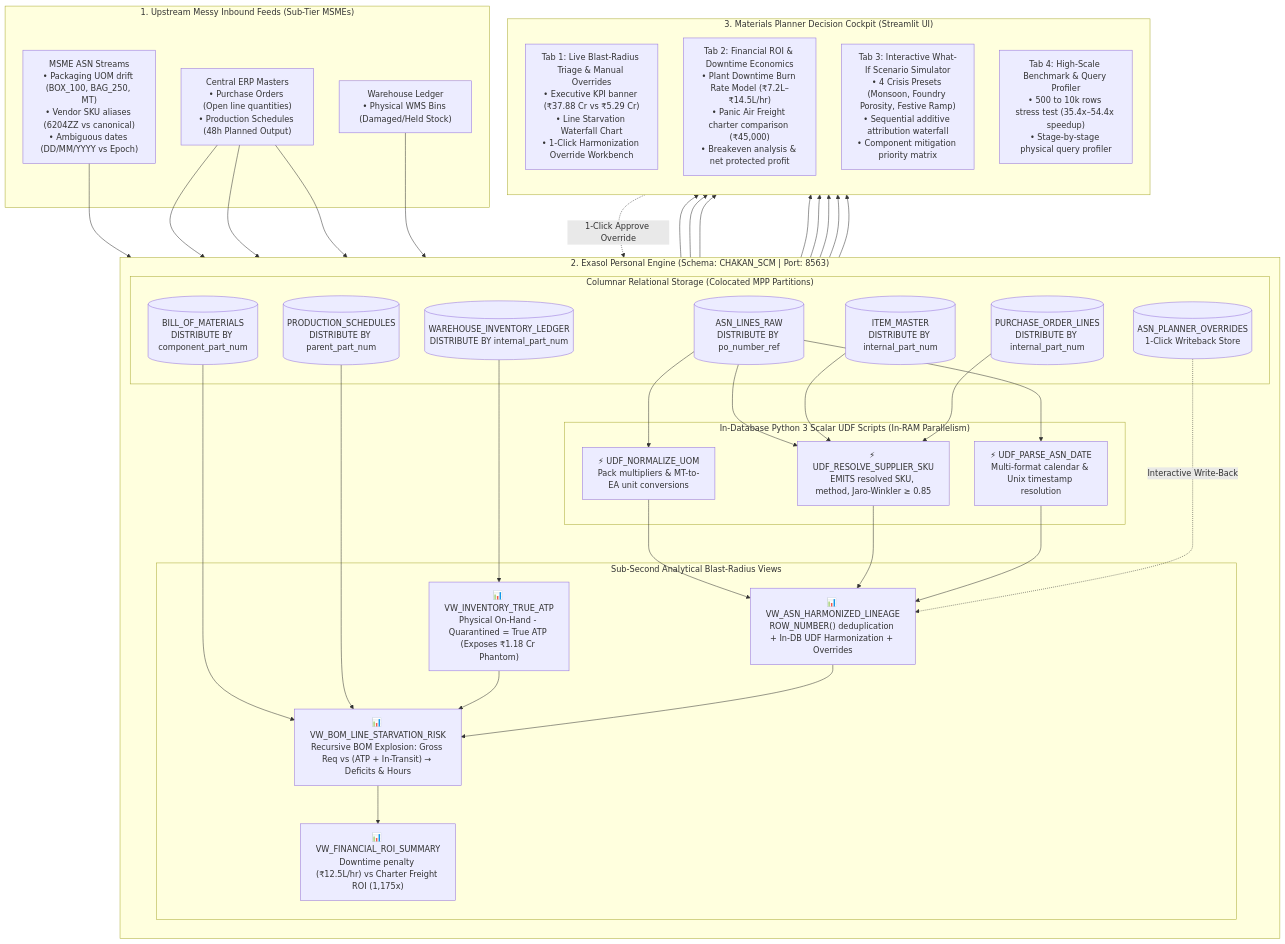
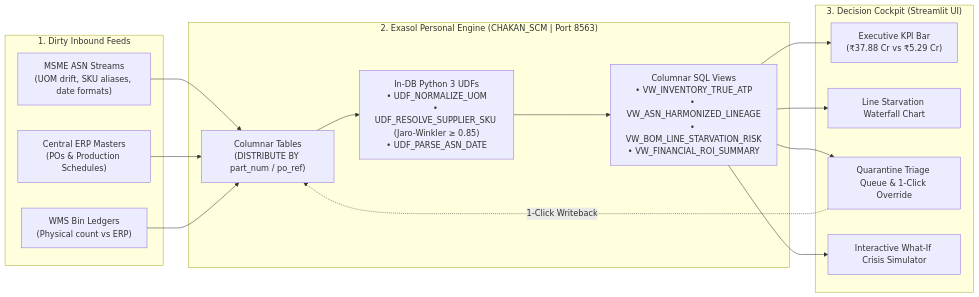
The diagram in README.md (Khprateek/mangrove), drawn with Mermaid before and after one commit. The commit also changed other lines of this file, not shown here.

````diff
--- a/README.md
+++ b/README.md
@@ -86,56 +86,26 @@
 ```mermaid
-flowchart TD
-    subgraph S1 ["1. Upstream Messy Inbound Feeds (Sub-Tier MSMEs)"]
-        A1["MSME ASN Streams<br/>• Packaging UOM drift (BOX_100, BAG_250, MT)<br/>• Vendor SKU aliases (6204ZZ vs canonical)<br/>• Ambiguous dates (DD/MM/YYYY vs Epoch)"]
-        A2["Central ERP Masters<br/>• Purchase Orders (Open line quantities)<br/>• Production Schedules (48h Planned Output)"]
-        A3["Warehouse Ledger<br/>• Physical WMS Bins (Damaged/Held Stock)"]
+flowchart LR
+    subgraph S1 ["1. Dirty Inbound Feeds"]
+        F1["MSME ASN Streams<br/>(UOM drift, SKU aliases, date formats)"]
+        F2["Central ERP Masters<br/>(POs & Production Schedules)"]
+        F3["WMS Bin Ledgers<br/>(Physical count vs ERP)"]
     end
 
-    subgraph S2 ["2. Exasol Personal Engine (Schema: CHAKAN_SCM | Port: 8563)"]
-        direction TB
-        subgraph Tables ["Columnar Relational Storage (Colocated MPP Partitions)"]
-            T1[("ASN_LINES_RAW<br/>DISTRIBUTE BY po_number_ref")]
-            T2[("ITEM_MASTER<br/>DISTRIBUTE BY internal_part_num")]
-            T3[("BILL_OF_MATERIALS<br/>DISTRIBUTE BY component_part_num")]
-            T4[("PRODUCTION_SCHEDULES<br/>DISTRIBUTE BY parent_part_num")]
-            T5[("WAREHOUSE_INVENTORY_LEDGER<br/>DISTRIBUTE BY internal_part_num")]
-            T6[("PURCHASE_ORDER_LINES<br/>DISTRIBUTE BY internal_part_num")]
-            T7[("ASN_PLANNER_OVERRIDES<br/>1-Click Writeback Store")]
-        end
-
-        subgraph UDFs ["In-Database Python 3 Scalar UDF Scripts (In-RAM Parallelism)"]
-            U1["⚡ UDF_NORMALIZE_UOM<br/>Pack multipliers & MT-to-EA unit conversions"]
-            U2["⚡ UDF_RESOLVE_SUPPLIER_SKU<br/>EMITS resolved SKU, method, Jaro-Winkler ≥ 0.85"]
-            U3["⚡ UDF_PARSE_ASN_DATE<br/>Multi-format calendar & Unix timestamp resolution"]
-        end
-
-        subgraph Marts ["Sub-Second Analytical Blast-Radius Views"]
-            M1["📊 VW_INVENTORY_TRUE_ATP<br/>Physical On-Hand - Quarantined = True ATP (Exposes ₹1.18 Cr Phantom)"]
-            M2["📊 VW_ASN_HARMONIZED_LINEAGE<br/>ROW_NUMBER() deduplication + In-DB UDF Harmonization + Overrides"]
-            M3["📊 VW_BOM_LINE_STARVATION_RISK<br/>Recursive BOM Explosion: Gross Req vs (ATP + In-Transit) → Deficits & Hours"]
-            M4["📊 VW_FINANCIAL_ROI_SUMMARY<br/>Downtime penalty (₹12.5L/hr) vs Charter Freight ROI (1,175x)"]
-        end
-
-        T1 --> U1 & U2 & U3
-        T2 & T6 --> U2
-        U1 & U2 & U3 --> M2
-        T5 --> M1
-        T3 & T4 & M1 & M2 --> M3
-        M3 --> M4
-        T7 -. "Interactive Write-Back" .-> M2
+    subgraph S2 ["2. Exasol Personal Engine (CHAKAN_SCM | Port 8563)"]
+        T1["Columnar Tables<br/>(DISTRIBUTE BY part_num / po_ref)"]
+        UDF["In-DB Python 3 UDFs<br/>• UDF_NORMALIZE_UOM<br/>• UDF_RESOLVE_SUPPLIER_SKU (Jaro-Winkler ≥ 0.85)<br/>• UDF_PARSE_ASN_DATE"]
+        M1["Columnar SQL Views<br/>• VW_INVENTORY_TRUE_ATP<br/>• VW_ASN_HARMONIZED_LINEAGE<br/>• VW_BOM_LINE_STARVATION_RISK<br/>• VW_FINANCIAL_ROI_SUMMARY"]
+        T1 --> UDF --> M1
     end
 
-    subgraph S3 ["3. Materials Planner Decision Cockpit (Streamlit UI)"]
-        direction TB
-        C1["Tab 1: Live Blast-Radius Triage & Manual Overrides<br/>• Executive KPI banner (₹37.88 Cr vs ₹5.29 Cr)<br/>• Line Starvation Waterfall Chart<br/>• 1-Click Harmonization Override Workbench"]
-        C2["Tab 2: Financial ROI & Downtime Economics<br/>• Plant Downtime Burn Rate Model (₹7.2L–₹14.5L/hr)<br/>• Panic Air Freight charter comparison (₹45,000)<br/>• Breakeven analysis & net protected profit"]
-        C3["Tab 3: Interactive What-If Scenario Simulator<br/>• 4 Crisis Presets (Monsoon, Foundry Porosity, Festive Ramp)<br/>• Sequential additive attribution waterfall<br/>• Component mitigation priority matrix"]
-        C4["Tab 4: High-Scale Benchmark & Query Profiler<br/>• 500 to 10k rows stress test (35.4x–54.4x speedup)<br/>• Stage-by-stage physical query profiler"]
+    subgraph S3 ["3. Decision Cockpit (Streamlit UI)"]
+        C1["Executive KPI Bar<br/>(₹37.88 Cr vs ₹5.29 Cr)"]
+        C2["Line Starvation Waterfall Chart"]
+        C3["Quarantine Triage Queue & 1-Click Override"]
+        C4["Interactive What-If Crisis Simulator"]
+        M1 --> C1 & C2 & C3 & C4
+        C3 -. "1-Click Writeback" .-> T1
     end
 
-    A1 --> T1
-    A2 --> T2 & T4 & T6
-    A3 --> T5
-    M3 & M4 --> C1 & C2 & C3 & C4
-    C1 -. "1-Click Approve Override" .-> T7
+    F1 & F2 & F3 --> T1
 ```
````
